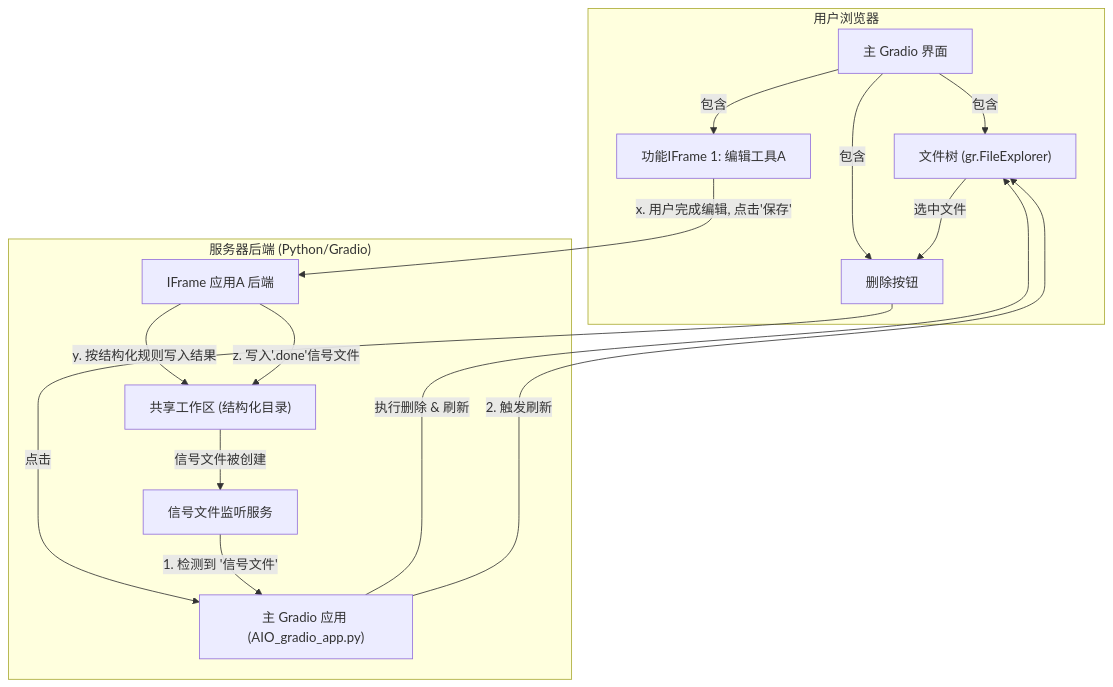
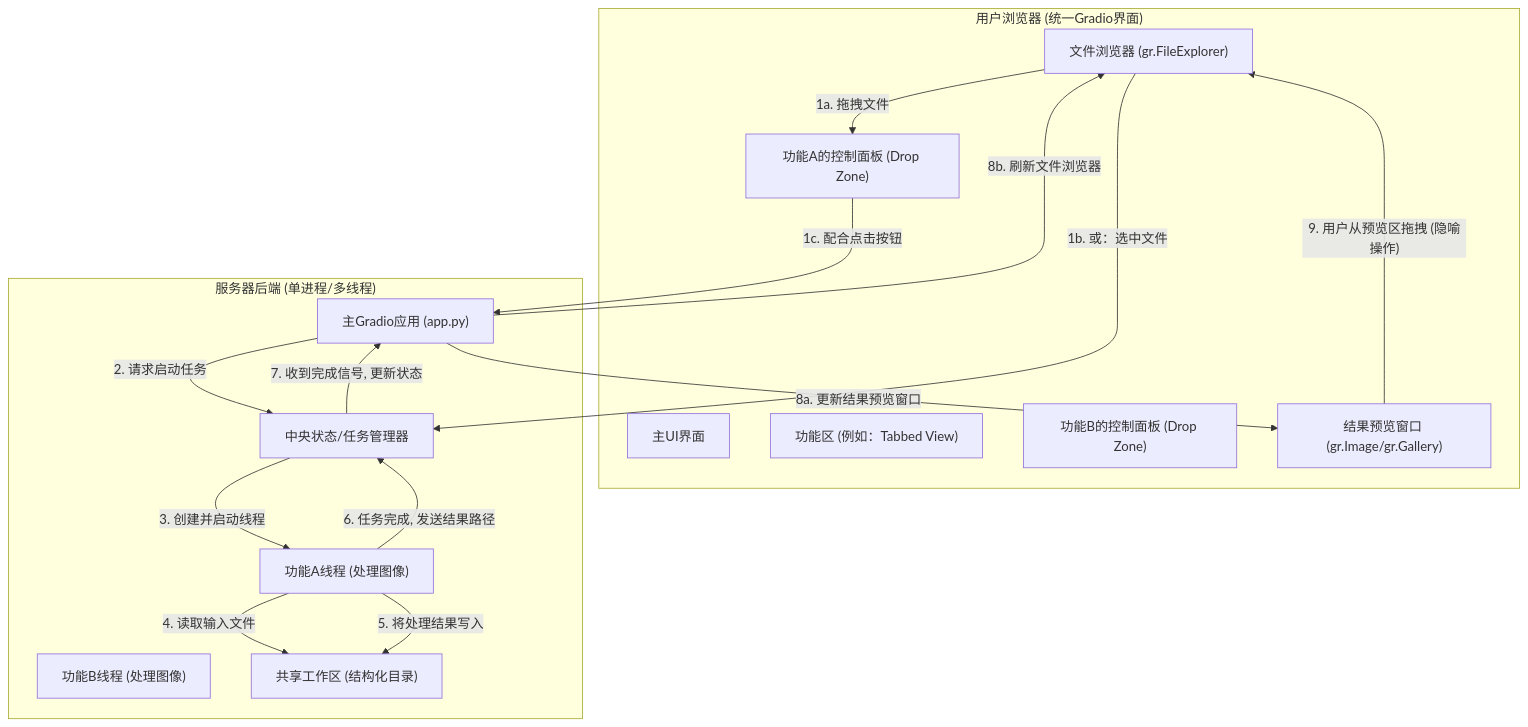
Before and after one commit to Wenrui0319/middletask-1-1-hunyuan: the diagram in fileSystem.md, drawn with Mermaid. The commit also changed other lines of this file, not shown here.

````diff
--- a/fileSystem.md
+++ b/fileSystem.md
@@ -26,33 +11,40 @@
 ```mermaid
 graph TD
-    subgraph "用户浏览器"
-        A["主 Gradio 界面"]
-        B["文件树 (gr.FileExplorer)"]
-        DelBtn["删除按钮"]
-        C["功能IFrame 1: 编辑工具A"]
+    subgraph "用户浏览器 (统一Gradio界面)"
+        A["主UI界面"]
+        B["文件浏览器 (gr.FileExplorer)"]
+        C["功能区 (例如：Tabbed View)"]
+        D["功能A的控制面板 (Drop Zone)"]
+        E["功能B的控制面板 (Drop Zone)"]
+        F["结果预览窗口 (gr.Image/gr.Gallery)"]
     end
 
-    subgraph "服务器后端 (Python/Gradio)"
-        E["共享工作区 (结构化目录)"]
-        F["信号文件监听服务"]
-        G["主 Gradio 应用 (AIO_gradio_app.py)"]
-        I["IFrame 应用A 后端"]
+    subgraph "服务器后端 (单进程/多线程)"
+        G["主Gradio应用 (app.py)"]
+        H["中央状态/任务管理器"]
+        I["功能A线程 (处理图像)"]
+        J["功能B线程 (处理图像)"]
+        K["共享工作区 (结构化目录)"]
     end
 
-    A -- "包含" --> B
-    A -- "包含" --> C
-    A -- "包含" --> DelBtn
+    %% -- 用户交互 --
+    B -- "1a. 拖拽文件" --> D
+    B -- "1b. 或：选中文件" --> H
+    D -- "1c. 配合点击按钮" --> G
+    
+    %% -- 启动处理流程 --
+    G -- "2. 请求启动任务" --> H
+    H -- "3. 创建并启动线程" --> I
+    I -- "4. 读取输入文件" --> K
+    I -- "5. 将处理结果写入" --> K
+    I -- "6. 任务完成, 发送结果路径" --> H
 
-    B -- "选中文件" --> DelBtn
-    DelBtn -- "点击" --> G
-    G -- "执行删除 & 刷新" --> B
+    %% -- 结果反馈与UI更新 --
+    H -- "7. 收到完成信号, 更新状态" --> G
+    G -- "8a. 更新结果预览窗口" --> F
+    G -- "8b. 刷新文件浏览器" --> B
 
-    F -- "1. 检测到 '信号文件'" --> G
-    G -- "2. 触发刷新" --> B
-
-    C -- "x. 用户完成编辑, 点击'保存'" --> I
-    I -- "y. 按结构化规则写入结果" --> E
-    I -- "z. 写入'.done'信号文件" --> E
-
-    E -- "信号文件被创建" --> F
+    %% -- 保存/下载操作 (用户定义的拖拽) --
+    F -- "9. 用户从预览区拖拽 (隐喻操作)" --> B
+    %% Note: 步骤9在技术上是UI刷新，物理文件已在步骤5中生成
 ```
````
